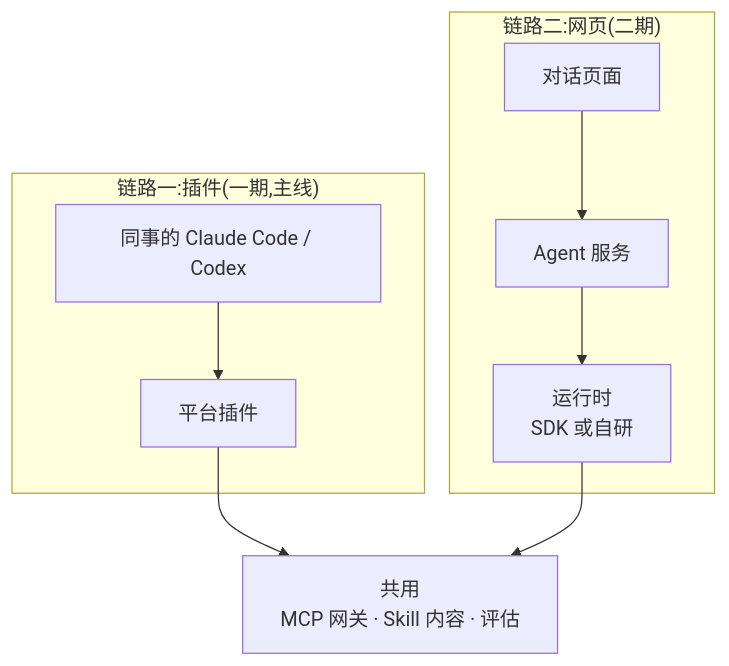
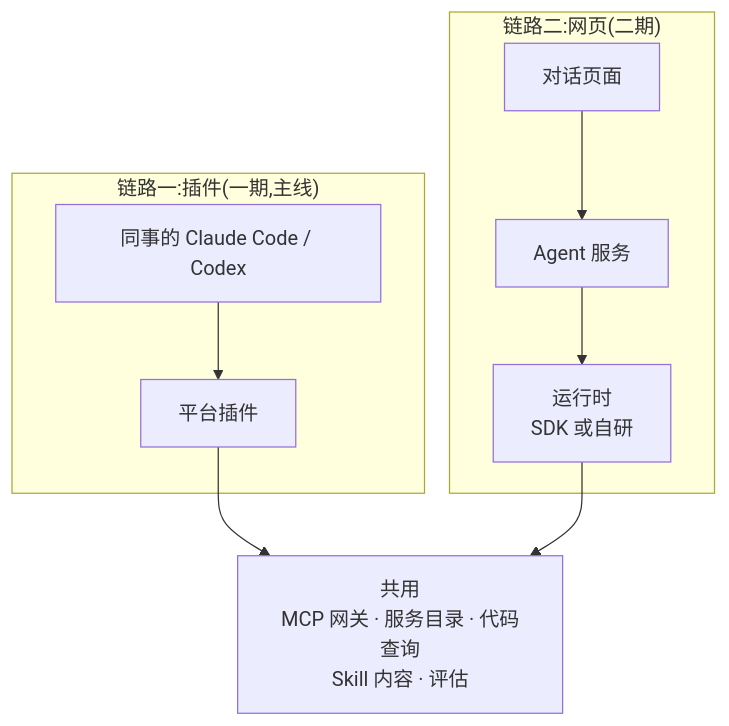
Before and after one commit to Sam-BIGUncle/AI_agent: the eighth of 8 diagrams in docs/claude-design/09-插件.md, drawn with Mermaid. The commit also changed other lines of this file and 29 other files, not shown here.

````diff
--- a/docs/claude-design/09-插件.md
+++ b/docs/claude-design/09-插件.md
@@ -347,12 +527,12 @@
 ```mermaid
 flowchart TB
   subgraph A["链路一:插件(一期,主线)"]
     A1["同事的 Claude Code / Codex"] --> A2["平台插件"]
   end
   subgraph B["链路二:网页(二期)"]
     B1["对话页面"] --> B2["Agent 服务"] --> B3["运行时<br/>SDK 或自研"]
   end
-  SH["共用<br/>MCP 网关 · Skill 内容 · 评估"]
+  SH["共用<br/>MCP 网关 · 服务目录 · 代码查询<br/>Skill 内容 · 评估"]
   A2 --> SH
   B3 --> SH
 ```
````
